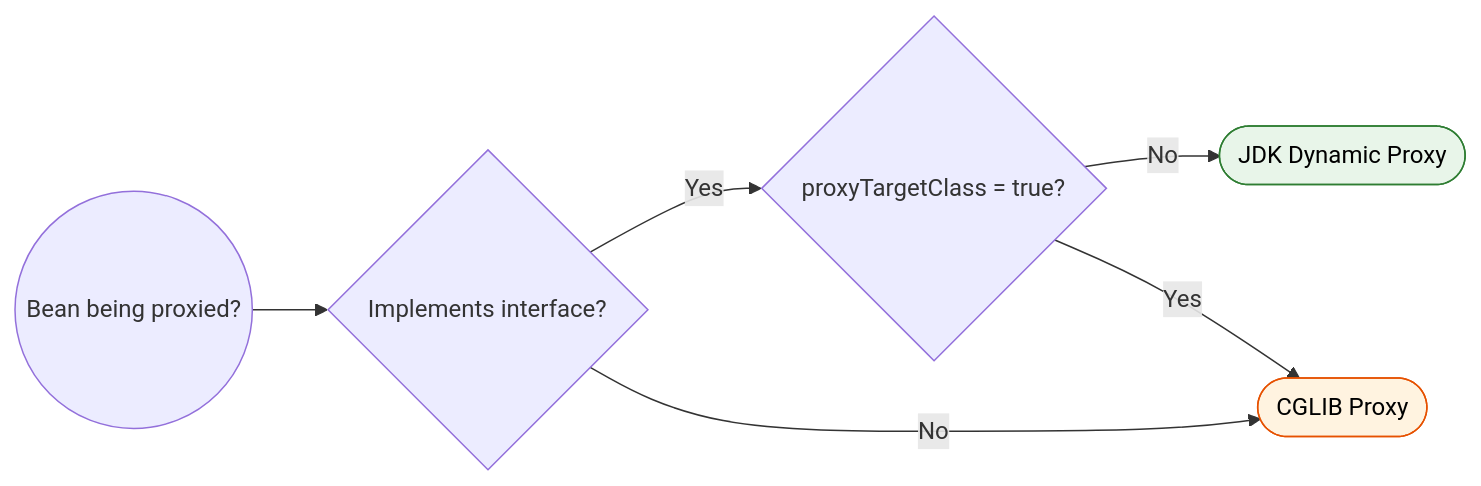
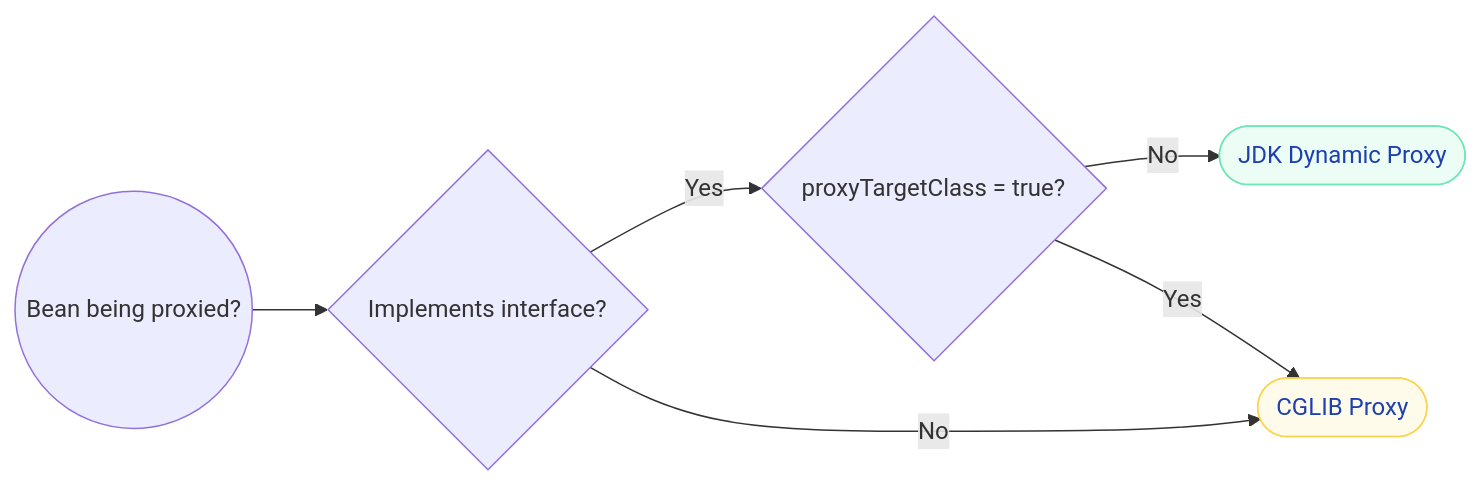
The third of 3 diagrams in docs/java/DynamicProxy.md (saivamsikaruturi/vamsilabs-dev-notes-main), drawn with Mermaid before and after one commit. The commit also changed other lines of this file and 220 other files, not shown here.

First line of the commit message:
Add 50+ new Java/Spring Boot pages, rewrite CSS code blocks to Oracle style, fix all diagram colors

````diff
--- a/docs/java/DynamicProxy.md
+++ b/docs/java/DynamicProxy.md
@@ -354,11 +354,11 @@
 ```mermaid
 flowchart LR
     A(("Bean being proxied?")) --> B{"Implements interface?"}
     B -->|Yes| C{"proxyTargetClass = true?"}
     C -->|No| D(["JDK Dynamic Proxy"])
     C -->|Yes| E(["CGLIB Proxy"])
     B -->|No| E
 
-    style D fill:#E8F5E9,stroke:#2E7D32,color:#000
-    style E fill:#FFF3E0,stroke:#E65100,color:#000
+    style D fill:#ECFDF5,stroke:#6EE7B7,color:#1E40AF
+    style E fill:#FFFBEB,stroke:#FCD34D,color:#1E40AF
 ```
````
